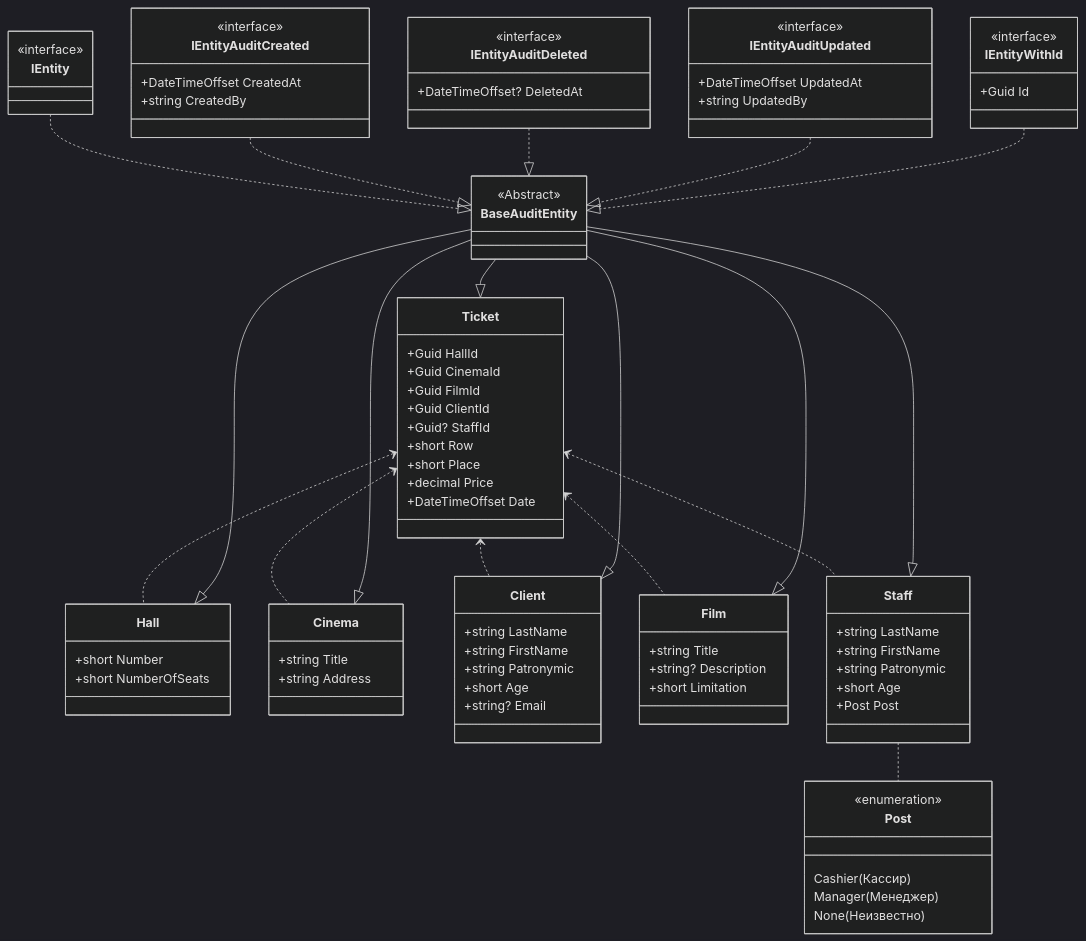
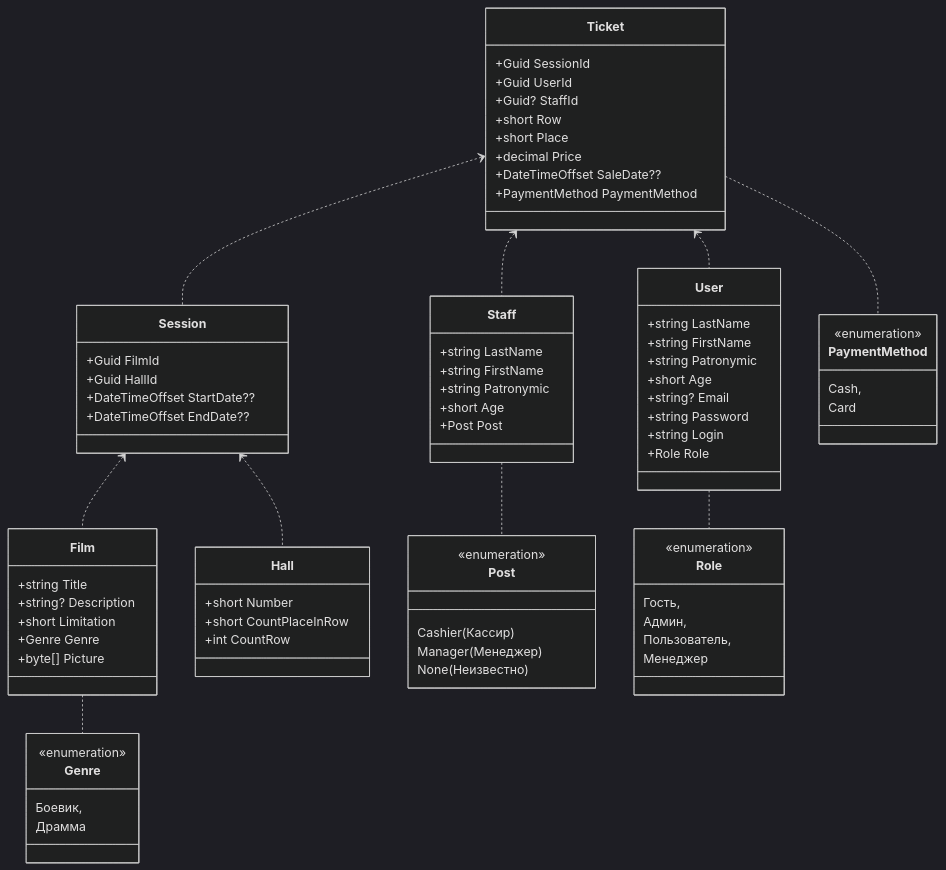
One commit to DenchikSlaziet/TicketSelling-API changed the diagram in README.md. Above: the diagram before and after it, drawn with Mermaid (dark theme). The commit also changed other lines of this file and 163 other files, not shown here.

````diff
--- a/README.md
+++ b/README.md
@@ -11,64 +11,36 @@
 ```mermaid
     classDiagram
-    Ticket <.. Hall
-    Ticket <.. Cinema
-    Ticket <.. Client
-    Ticket <.. Film
+    Ticket <.. User
     Ticket <.. Staff
+    Ticket <.. Session
+    Session <.. Film
+    Session <.. Hall
     Staff .. Post
-    BaseAuditEntity --|> Hall
-    BaseAuditEntity --|> Cinema
-    BaseAuditEntity --|> Client
-    BaseAuditEntity --|> Film
-    BaseAuditEntity --|> Ticket
-    BaseAuditEntity --|> Staff
-    IEntity ..|> BaseAuditEntity
-    IEntityAuditCreated ..|> BaseAuditEntity
-    IEntityAuditDeleted ..|> BaseAuditEntity
-    IEntityAuditUpdated ..|> BaseAuditEntity
-    IEntityWithId ..|> BaseAuditEntity
-    class IEntity{
-        <<interface>>
-    }
-    class IEntityAuditCreated{
-        <<interface>>
-        +DateTimeOffset CreatedAt
-        +string CreatedBy
-    }
-    class IEntityAuditDeleted{
-        <<interface>>
-        +DateTimeOffset? DeletedAt
-    }
-    class IEntityAuditUpdated{
-        <<interface>>
-        +DateTimeOffset UpdatedAt
-        +string UpdatedBy
-    }
-    class IEntityWithId{
-        <<interface>>
-        +Guid Id
-    }        
+    User .. Role
+    Film .. Genre
+    Ticket .. PaymentMethod
     class Hall{
         +short Number
-        +short NumberOfSeats
+        +short CountPlaceInRow
+        +int CountRow
     }
-    class Cinema{
-        +string Title
-        +string Address
-    }
-    class Client {
+    class User {
         +string LastName
         +string FirstName
         +string Patronymic
         +short Age
         +string? Email
+        +string Password
+        +string Login
+        +Role Role
     }
     class Film {
         +string Title
         +string? Description
         +short Limitation
+        +Genre Genre
+        +byte[] Picture
     }
-
     class Staff {
         +string LastName
         +string FirstName
@@ -77,23 +49,42 @@
         +Post Post
     }
     class Ticket {
-        +Guid HallId 
-        +Guid CinemaId
-        +Guid FilmId
-        +Guid ClientId
+        +Guid SessionId   
+        +Guid UserId
         +Guid? StaffId
         +short Row
         +short Place
         +decimal Price
-        +DateTimeOffset Date
+        +DateTimeOffset SaleDate??
+        +PaymentMethod PaymentMethod       
     }
+    class Session {
+      +Guid FilmId
+      +Guid HallId
+      +DateTimeOffset StartDate??
+      +DateTimeOffset EndDate??
+    }  
     class Post {
         <<enumeration>>
         Cashier(Кассир)
         Manager(Менеджер)
         None(Неизвестно)
     }
-    class BaseAuditEntity {
-        <<Abstract>>        
+ class Role {
+        <<enumeration>>
+        Гость,
+        Админ,
+        Пользователь,
+        Менеджер
+    }
+    class Genre {
+        <<enumeration>>
+        Боевик,
+        Драмма
+    }
+    class PaymentMethod {
+        <<enumeration>>
+        Cash,
+        Card
     }
 ```
````
